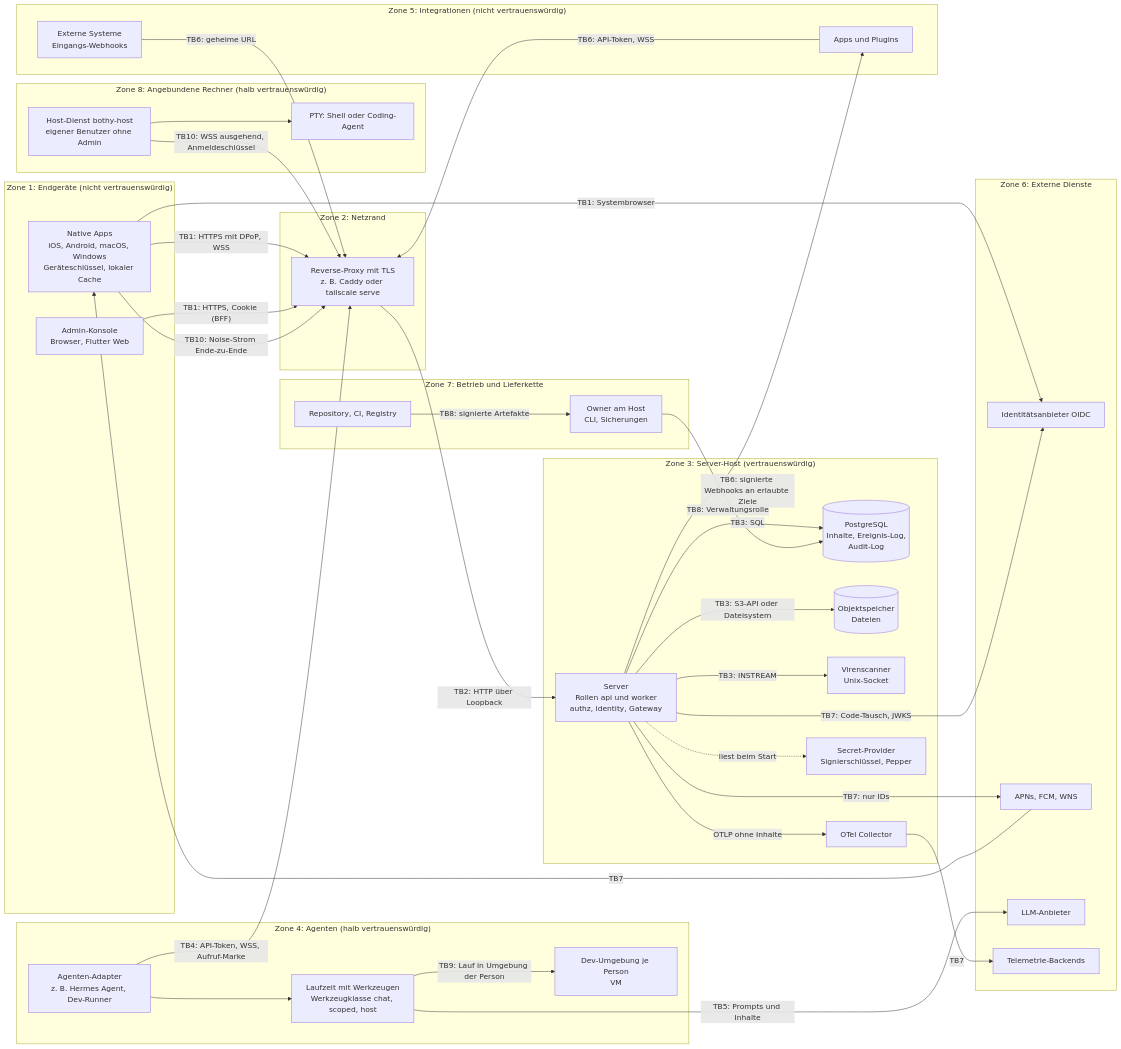
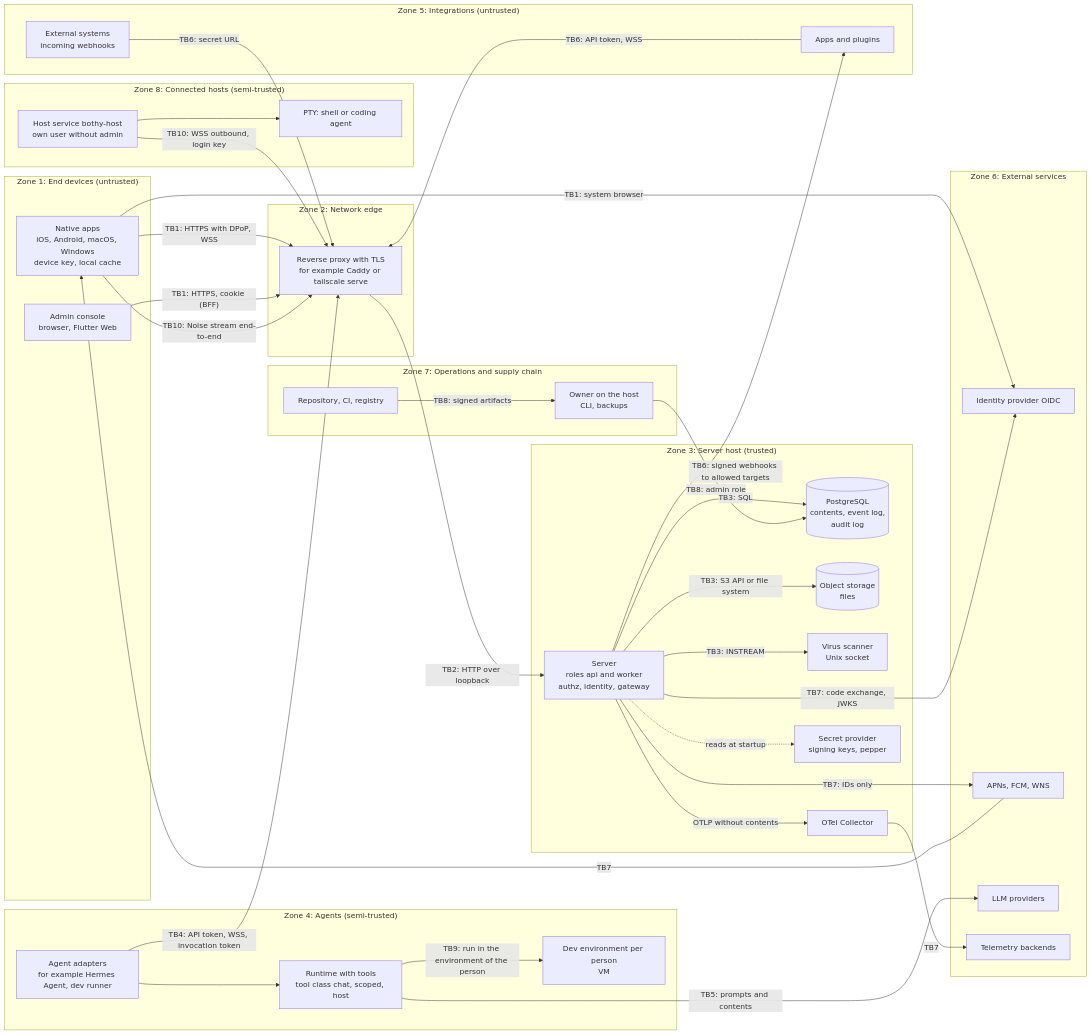
One commit to mguttmann/bothy changed the diagram in docs/security/diagrams/trust-boundaries.mmd. Above: the diagram before and after it, drawn with Mermaid. The commit also changed 95 other files, not shown here.

First line of the commit message:
docs(architecture): translate the diagrams to English

```diff
--- a/docs/security/diagrams/trust-boundaries.mmd
+++ b/docs/security/diagrams/trust-boundaries.mmd
@@ -1,74 +1,74 @@
-%% Systemgrenzen-Diagramm zum Bedrohungsmodell (docs/security/threat-model.md)
-%% Rendern: mermaid-cli 11 (siehe docs/security/threat-model.md, Abschnitt 2)
+%% System boundary diagram for the threat model (docs/security/threat-model.md)
+%% Render: mermaid-cli 11 (see docs/security/threat-model.md, section 2)
 flowchart LR
-    subgraph Z1["Zone 1: Endgeräte (nicht vertrauenswürdig)"]
-        APP["Native Apps<br/>iOS, Android, macOS, Windows<br/>Geräteschlüssel, lokaler Cache"]
-        CON["Admin-Konsole<br/>Browser, Flutter Web"]
+    subgraph Z1["Zone 1: End devices (untrusted)"]
+        APP["Native apps<br/>iOS, Android, macOS, Windows<br/>device key, local cache"]
+        CON["Admin console<br/>browser, Flutter Web"]
     end
 
-    subgraph Z2["Zone 2: Netzrand"]
-        PRX["Reverse-Proxy mit TLS<br/>z. B. Caddy oder tailscale serve"]
+    subgraph Z2["Zone 2: Network edge"]
+        PRX["Reverse proxy with TLS<br/>for example Caddy or tailscale serve"]
     end
 
-    subgraph Z3["Zone 3: Server-Host (vertrauenswürdig)"]
-        SRV["Server<br/>Rollen api und worker<br/>authz, identity, Gateway"]
-        DB[("PostgreSQL<br/>Inhalte, Ereignis-Log,<br/>Audit-Log")]
-        OBJ[("Objektspeicher<br/>Dateien")]
-        AV["Virenscanner<br/>Unix-Socket"]
+    subgraph Z3["Zone 3: Server host (trusted)"]
+        SRV["Server<br/>roles api and worker<br/>authz, identity, gateway"]
+        DB[("PostgreSQL<br/>contents, event log,<br/>audit log")]
+        OBJ[("Object storage<br/>files")]
+        AV["Virus scanner<br/>Unix socket"]
         OTC["OTel Collector"]
-        SP["Secret-Provider<br/>Signierschlüssel, Pepper"]
+        SP["Secret provider<br/>signing keys, pepper"]
     end
 
-    subgraph Z4["Zone 4: Agenten (halb vertrauenswürdig)"]
-        ADP["Agenten-Adapter<br/>z. B. Hermes Agent, Dev-Runner"]
-        RT["Laufzeit mit Werkzeugen<br/>Werkzeugklasse chat, scoped, host"]
-        DEV["Dev-Umgebung je Person<br/>VM"]
+    subgraph Z4["Zone 4: Agents (semi-trusted)"]
+        ADP["Agent adapters<br/>for example Hermes Agent, dev runner"]
+        RT["Runtime with tools<br/>tool class chat, scoped, host"]
+        DEV["Dev environment per person<br/>VM"]
     end
 
-    subgraph Z8["Zone 8: Angebundene Rechner (halb vertrauenswürdig)"]
-        HOSTD["Host-Dienst bothy-host<br/>eigener Benutzer ohne Admin"]
-        PTY["PTY: Shell oder Coding-Agent"]
+    subgraph Z8["Zone 8: Connected hosts (semi-trusted)"]
+        HOSTD["Host service bothy-host<br/>own user without admin"]
+        PTY["PTY: shell or coding agent"]
     end
 
-    subgraph Z5["Zone 5: Integrationen (nicht vertrauenswürdig)"]
-        APPS["Apps und Plugins"]
-        EXT["Externe Systeme<br/>Eingangs-Webhooks"]
+    subgraph Z5["Zone 5: Integrations (untrusted)"]
+        APPS["Apps and plugins"]
+        EXT["External systems<br/>incoming webhooks"]
     end
 
-    subgraph Z6["Zone 6: Externe Dienste"]
-        IDP["Identitätsanbieter OIDC"]
+    subgraph Z6["Zone 6: External services"]
+        IDP["Identity provider OIDC"]
         PUSH["APNs, FCM, WNS"]
-        LLM["LLM-Anbieter"]
-        TEL["Telemetrie-Backends"]
+        LLM["LLM providers"]
+        TEL["Telemetry backends"]
     end
 
-    subgraph Z7["Zone 7: Betrieb und Lieferkette"]
-        OPS["Owner am Host<br/>CLI, Sicherungen"]
-        CI["Repository, CI, Registry"]
+    subgraph Z7["Zone 7: Operations and supply chain"]
+        OPS["Owner on the host<br/>CLI, backups"]
+        CI["Repository, CI, registry"]
     end
 
-    APP -- "TB1: HTTPS mit DPoP, WSS" --> PRX
-    CON -- "TB1: HTTPS, Cookie (BFF)" --> PRX
-    PRX -- "TB2: HTTP über Loopback" --> SRV
+    APP -- "TB1: HTTPS with DPoP, WSS" --> PRX
+    CON -- "TB1: HTTPS, cookie (BFF)" --> PRX
+    PRX -- "TB2: HTTP over loopback" --> SRV
     SRV -- "TB3: SQL" --> DB
-    SRV -- "TB3: S3-API oder Dateisystem" --> OBJ
+    SRV -- "TB3: S3 API or file system" --> OBJ
     SRV -- "TB3: INSTREAM" --> AV
-    SRV -. "liest beim Start" .-> SP
-    SRV -- "OTLP ohne Inhalte" --> OTC
+    SRV -. "reads at startup" .-> SP
+    SRV -- "OTLP without contents" --> OTC
     OTC -- "TB7" --> TEL
-    ADP -- "TB4: API-Token, WSS, Aufruf-Marke" --> PRX
+    ADP -- "TB4: API token, WSS, invocation token" --> PRX
     ADP --> RT
-    RT -- "TB5: Prompts und Inhalte" --> LLM
-    RT -- "TB9: Lauf in Umgebung der Person" --> DEV
-    APPS -- "TB6: API-Token, WSS" --> PRX
-    SRV -- "TB6: signierte Webhooks an erlaubte Ziele" --> APPS
-    EXT -- "TB6: geheime URL" --> PRX
-    APP -- "TB1: Systembrowser" --> IDP
-    SRV -- "TB7: Code-Tausch, JWKS" --> IDP
-    SRV -- "TB7: nur IDs" --> PUSH
+    RT -- "TB5: prompts and contents" --> LLM
+    RT -- "TB9: run in the environment of the person" --> DEV
+    APPS -- "TB6: API token, WSS" --> PRX
+    SRV -- "TB6: signed webhooks to allowed targets" --> APPS
+    EXT -- "TB6: secret URL" --> PRX
+    APP -- "TB1: system browser" --> IDP
+    SRV -- "TB7: code exchange, JWKS" --> IDP
+    SRV -- "TB7: IDs only" --> PUSH
     PUSH -- "TB7" --> APP
-    OPS -- "TB8: Verwaltungsrolle" --> DB
-    CI -- "TB8: signierte Artefakte" --> OPS
-    APP -- "TB10: Noise-Strom Ende-zu-Ende" --> PRX
-    HOSTD -- "TB10: WSS ausgehend, Anmeldeschlüssel" --> PRX
+    OPS -- "TB8: admin role" --> DB
+    CI -- "TB8: signed artifacts" --> OPS
+    APP -- "TB10: Noise stream end-to-end" --> PRX
+    HOSTD -- "TB10: WSS outbound, login key" --> PRX
     HOSTD --> PTY
```
